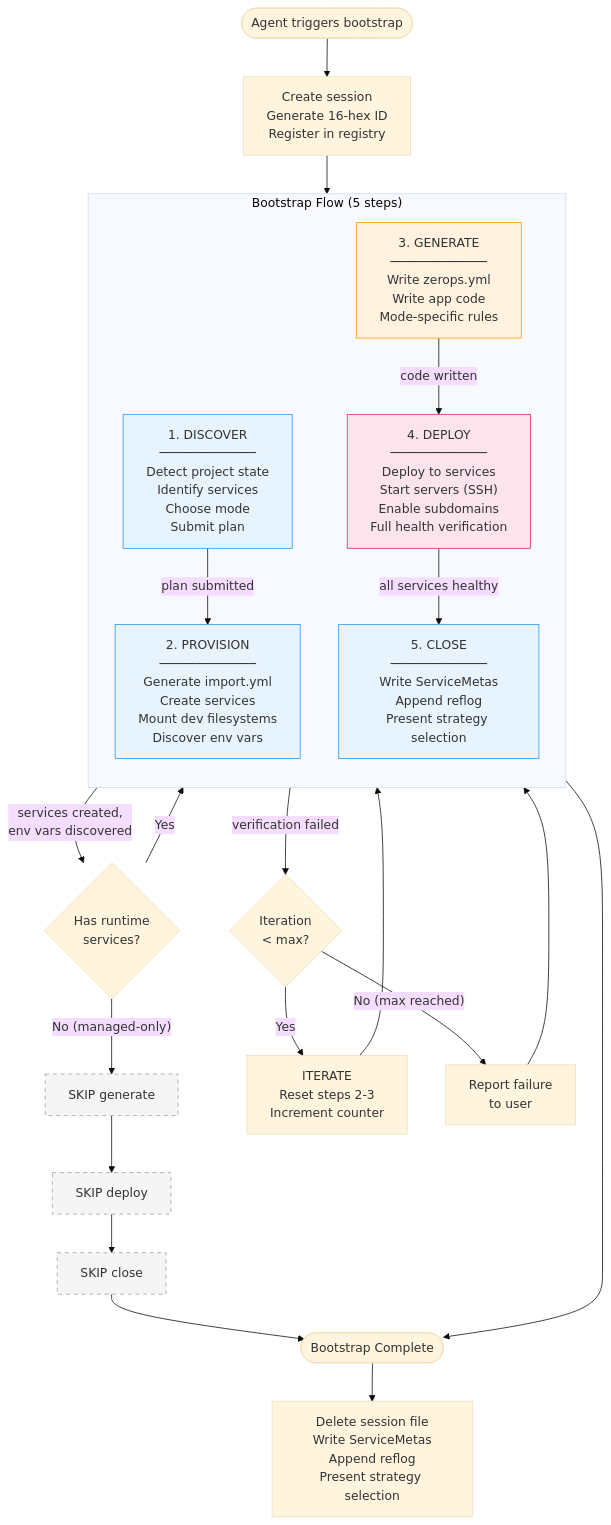
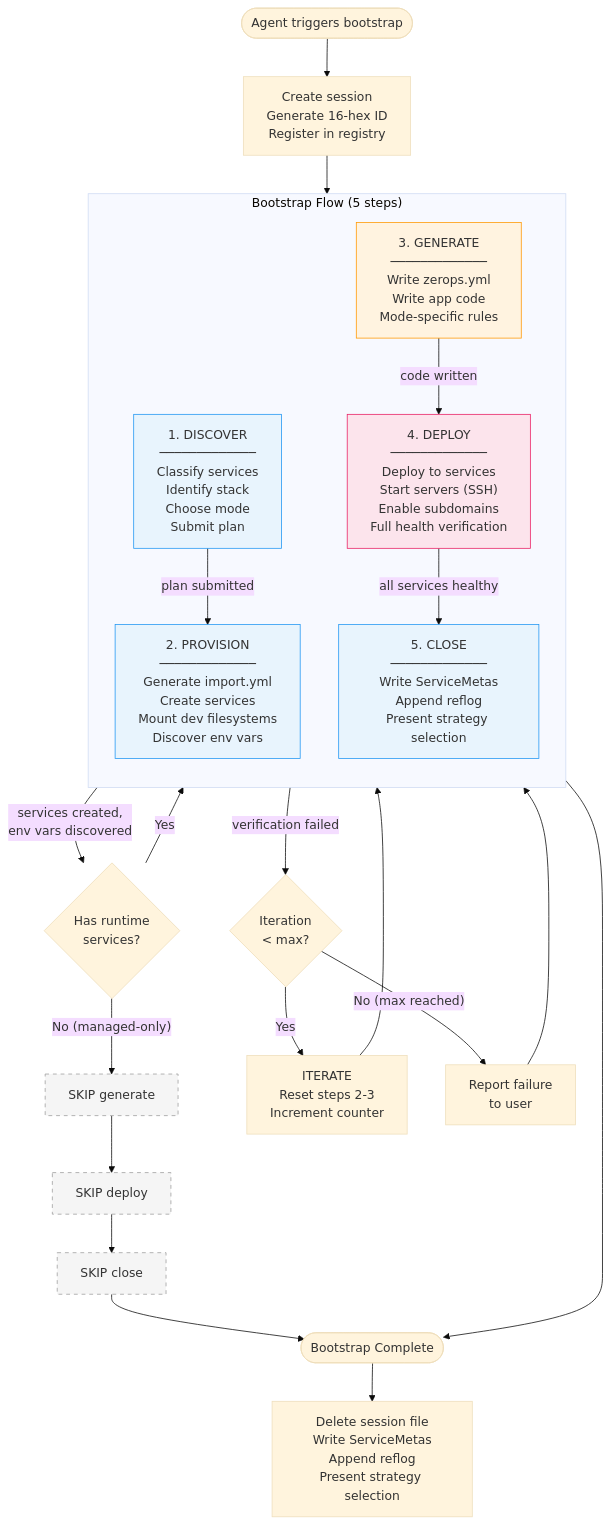
The second of 8 diagrams in docs/spec-bootstrap-deploy.md (zeropsio/zcp), drawn with Mermaid (base theme) before and after one commit. The commit also changed other lines of this file and 24 other files, not shown here.

````diff
--- a/docs/spec-bootstrap-deploy.md
+++ b/docs/spec-bootstrap-deploy.md
@@ -75,49 +75,49 @@
 ```mermaid
 flowchart TD
     Start([Agent triggers bootstrap]) --> CreateSession["Create session<br/>Generate 16-hex ID<br/>Register in registry"]
     CreateSession --> Discover
 
     subgraph Bootstrap ["Bootstrap Flow (5 steps)"]
         direction TB
-        Discover["1. DISCOVER<br/>─────────────<br/>Detect project state<br/>Identify services<br/>Choose mode<br/>Submit plan"]
+        Discover["1. DISCOVER<br/>─────────────<br/>Classify services<br/>Identify stack<br/>Choose mode<br/>Submit plan"]
 
         Provision["2. PROVISION<br/>─────────────<br/>Generate import.yml<br/>Create services<br/>Mount dev filesystems<br/>Discover env vars"]
 
         Generate["3. GENERATE<br/>─────────────<br/>Write zerops.yml<br/>Write app code<br/>Mode-specific rules"]
 
         Deploy["4. DEPLOY<br/>─────────────<br/>Deploy to services<br/>Start servers (SSH)<br/>Enable subdomains<br/>Full health verification"]
 
         Close["5. CLOSE<br/>─────────────<br/>Write ServiceMetas<br/>Append reflog<br/>Present strategy selection"]
     end
 
     Discover -->|"plan submitted"| Provision
     Provision -->|"services created,<br/>env vars discovered"| ModeCheck{Has runtime<br/>services?}
 
     ModeCheck -->|Yes| Generate
     ModeCheck -->|"No (managed-only)"| SkipGen["SKIP generate"]
     SkipGen --> SkipDeploy["SKIP deploy"]
     SkipDeploy --> SkipClose["SKIP close"]
 
     Generate -->|"code written"| Deploy
     Deploy -->|"all services healthy"| Close
 
     Deploy -->|"verification failed"| IterCheck{Iteration<br/>< max?}
     IterCheck -->|Yes| Iterate["ITERATE<br/>Reset steps 2-3<br/>Increment counter"]
     Iterate --> Generate
     IterCheck -->|"No (max reached)"| FailReport["Report failure<br/>to user"]
     FailReport --> Close
 
     SkipClose --> Complete
     Close --> Complete
 
     Complete([Bootstrap Complete]) --> Cleanup["Delete session file<br/>Write ServiceMetas<br/>Append reflog<br/>Present strategy selection"]
 
     style Discover fill:#e8f4fd,stroke:#2196F3
     style Provision fill:#e8f4fd,stroke:#2196F3
     style Generate fill:#fff3e0,stroke:#FF9800
     style Deploy fill:#fce4ec,stroke:#E91E63
     style Close fill:#e8f4fd,stroke:#2196F3
     style SkipGen fill:#f5f5f5,stroke:#9e9e9e,stroke-dasharray: 5 5
     style SkipDeploy fill:#f5f5f5,stroke:#9e9e9e,stroke-dasharray: 5 5
     style SkipClose fill:#f5f5f5,stroke:#9e9e9e,stroke-dasharray: 5 5
 ```
````
